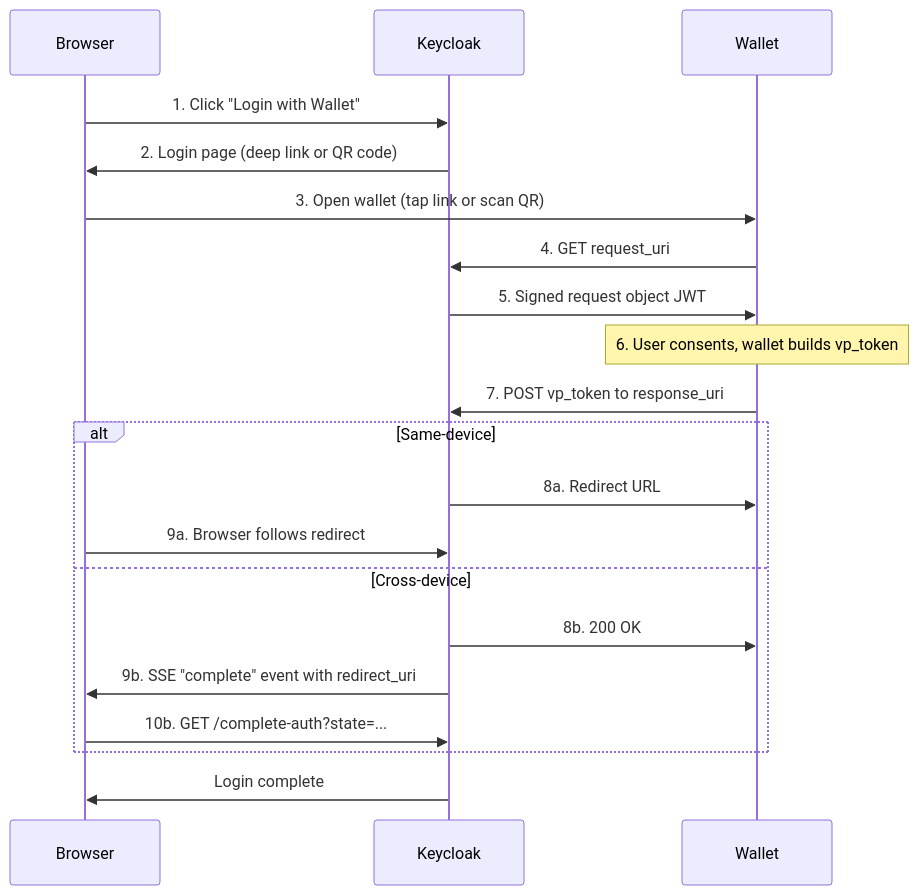
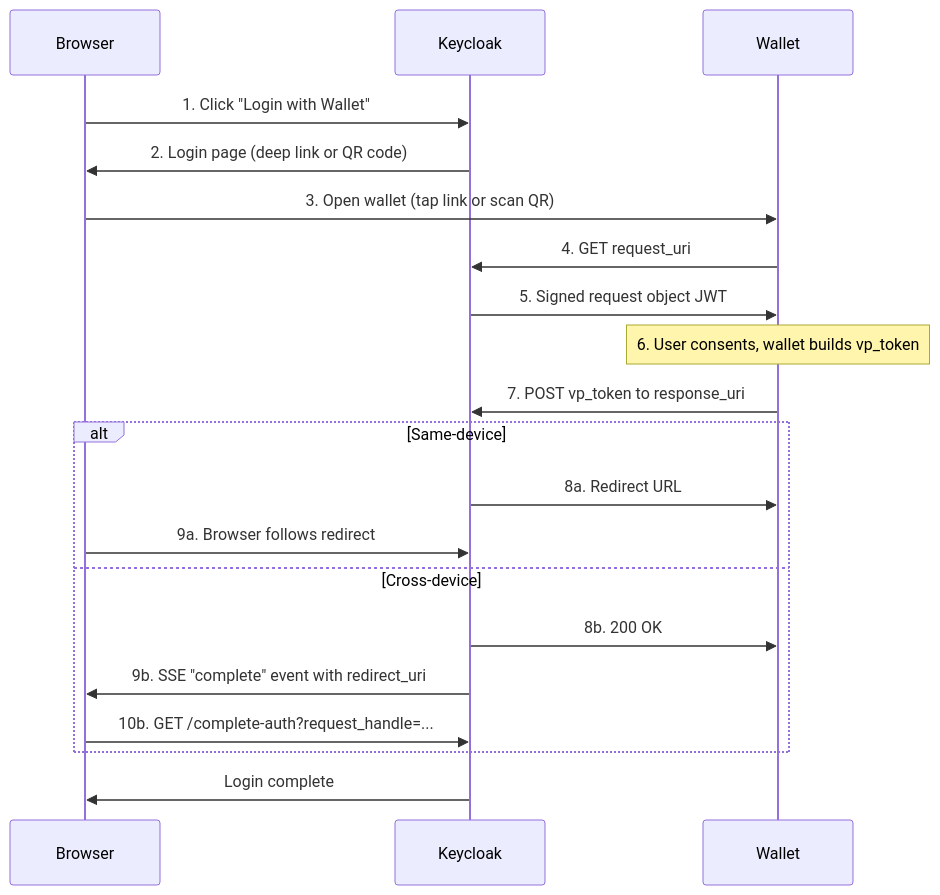
Before and after one commit to ba-itsys/keycloak-extension-oid4vp: the diagram in README.md, drawn with Mermaid. The commit also changed other lines of this file and 52 other files, not shown here.

Commit message:
feat: update request handling, browser flows, and conformance coverage

````diff
--- a/README.md
+++ b/README.md
@@ -30,23 +30,23 @@
 ```mermaid
 sequenceDiagram
     participant B as Browser
     participant K as Keycloak
     participant W as Wallet
 
     B->>K: 1. Click "Login with Wallet"
     K->>B: 2. Login page (deep link or QR code)
     B->>W: 3. Open wallet (tap link or scan QR)
     W->>K: 4. GET request_uri
     K->>W: 5. Signed request object JWT
     Note over W: 6. User consents, wallet builds vp_token
     W->>K: 7. POST vp_token to response_uri
     alt Same-device
         K->>W: 8a. Redirect URL
         B->>K: 9a. Browser follows redirect
     else Cross-device
         K->>W: 8b. 200 OK
         K->>B: 9b. SSE "complete" event with redirect_uri
-        B->>K: 10b. GET /complete-auth?state=...
+        B->>K: 10b. GET /complete-auth?request_handle=...
     end
     K->>B: Login complete
 ```
````
